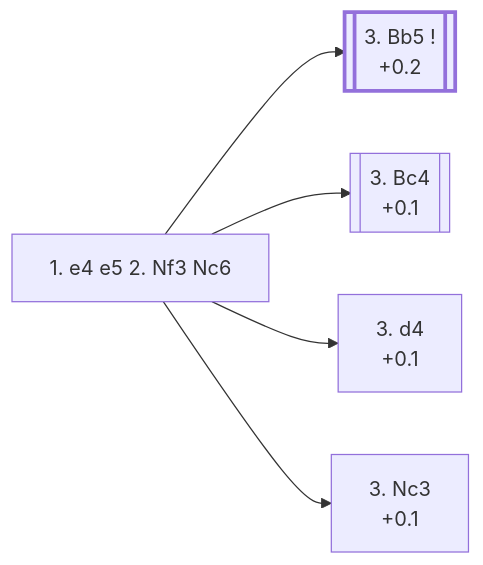
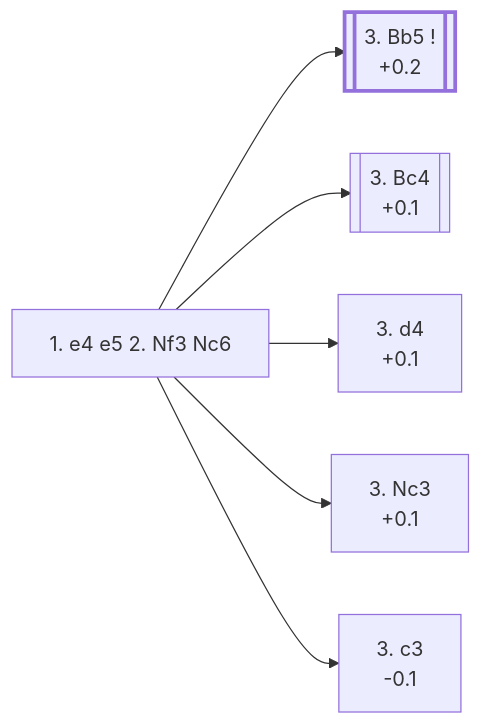
The diagram in e4_openings/C44_Nc6_King_Knight.md (onclemarcel/chess_flashcards), drawn with Mermaid before and after one commit. The commit also changed other lines of this file and 18 other files, not shown here.

````diff
--- a/e4_openings/C44_Nc6_King_Knight.md
+++ b/e4_openings/C44_Nc6_King_Knight.md
@@ -12,16 +12,18 @@
 ```mermaid
 flowchart LR
     classDef main stroke-width:3px;
 
     Nc6["1. e4 e5 2. Nf3 Nc6"]
     click Nc6 "#_initial_move_" "C44 · King's Knight Opening: Normal Variation"
 
     Nc6 --> Bb5[["3. Bb5 !<br/>+0.2"]]:::main
     click Bb5 "https://github.com/onclemarcel/chess_flashcards/blob/main/e4_openings/C60_Ruy_Lopez.md" "C60 · Ruy Lopez"
     Nc6 --> Bc4[["3. Bc4<br/>+0.1"]]
     click Bc4 "https://github.com/onclemarcel/chess_flashcards/blob/main/e4_openings/C50_Italian.md" "C50 · Italian Game"
     Nc6 --> d4["3. d4<br/>+0.1"]
     click d4 "https://github.com/onclemarcel/chess_flashcards/blob/main/e4_openings/C44_Scotch.md" "C44 · Scotch Opening"
     Nc6 --> Nc3["3. Nc3<br/>+0.1"]
     click Nc3 "https://github.com/onclemarcel/chess_flashcards/blob/main/e4_openings/C47_Four_Knights_Game.md" "C47 · Four Knights Game"
+    Nc6 --> c3n["3. c3<br/>-0.1"]
+    click c3n "https://github.com/onclemarcel/chess_flashcards/blob/main/e4_openings/C44_Ponziani.md" "C44 · Ponziani Opening"
 ```
````
